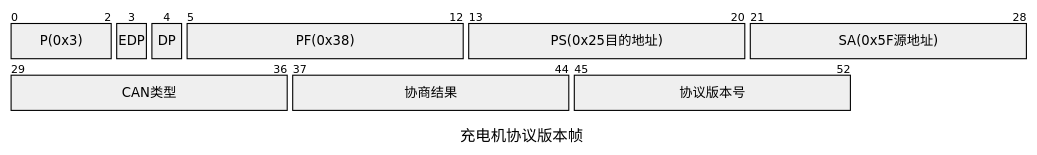
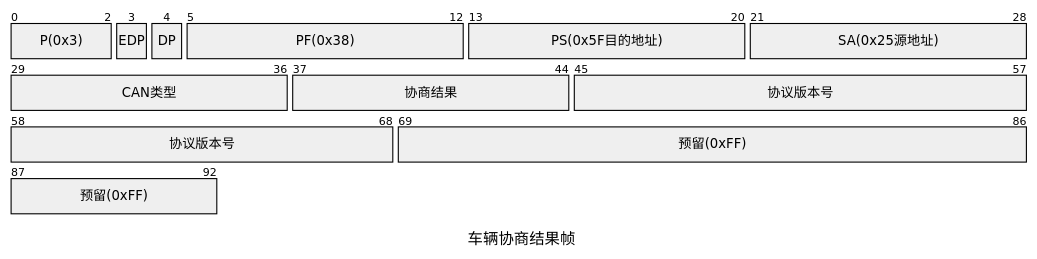
One commit to caipiaoyibowan/gbt-27930-markdown-obsidian changed the third of 28 diagrams in B类系统.md. Above: the diagram before and after it, drawn with Mermaid. The commit also changed other lines of this file, not shown here.

````diff
--- a/B类系统.md
+++ b/B类系统.md
@@ -103,18 +127,19 @@
 ```mermaid
 ---
 config:
     packet:
         bitsPerRow: 29
 ---
 packet
-title 充电机协议版本帧
+title 车辆协商结果帧
 +3: "P(0x3)"
 +1: "EDP"
 +1: "DP"
 +8: "PF(0x38)"
-+8: "PS(0x25目的地址)"
-+8: "SA(0x5F源地址)"
++8: "PS(0x5F目的地址)"
++8: "SA(0x25源地址)"
 +8: "CAN类型"
 +8: "协商结果"
-+8: "协议版本号"
++24: "协议版本号"
++24: "预留(0xFF)"
 ```
````
